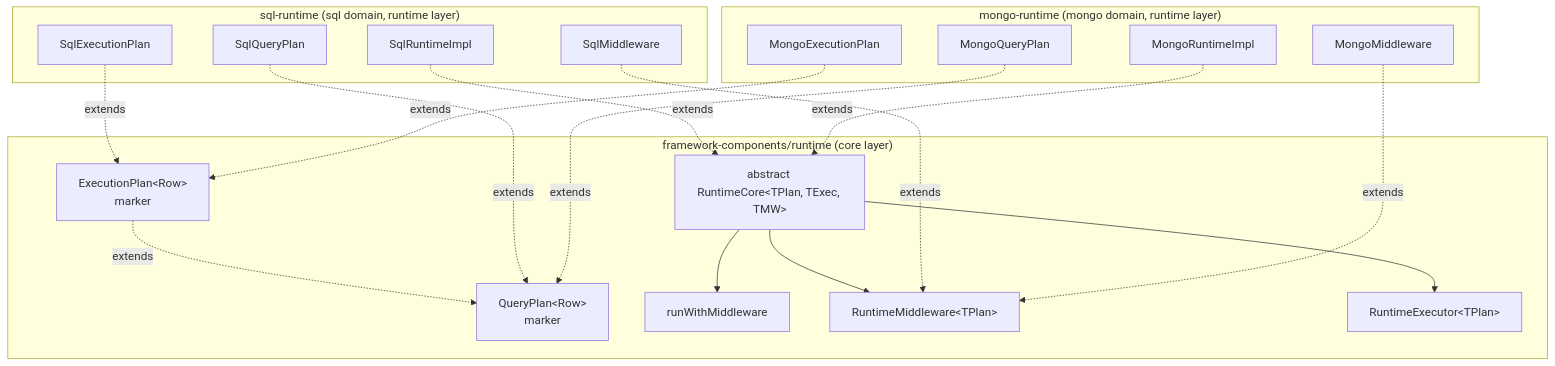
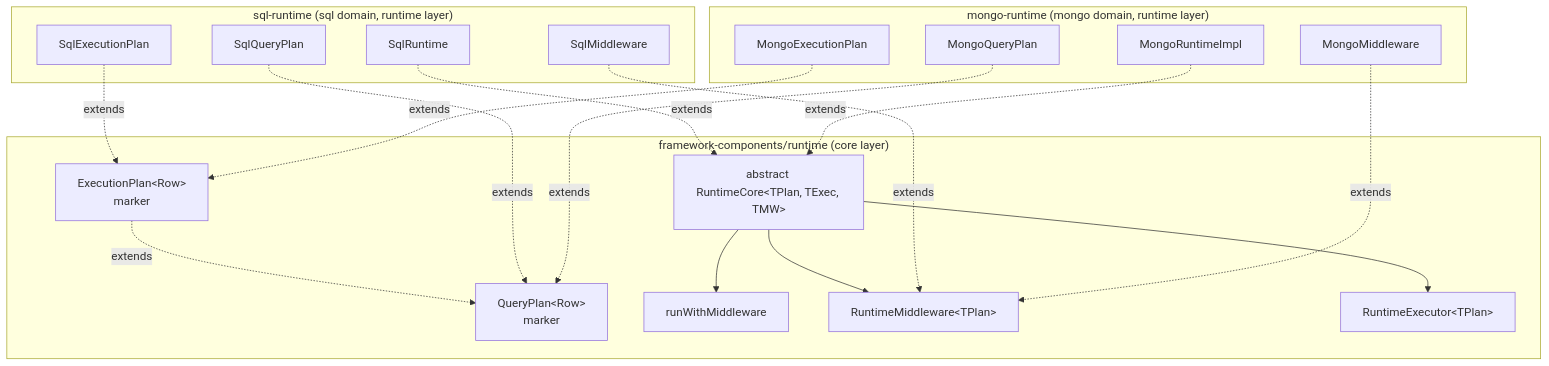
The first of 3 diagrams in docs/architecture docs/subsystems/4. Runtime & Middleware Framework.md (prisma/prisma-next), drawn with Mermaid before and after one commit. The commit also changed other lines of this file and 10 other files, not shown here.

First line of the commit message:
TML-2878: rename SqlRuntimeImpl to SqlRuntime and export it

````diff
--- a/docs/architecture docs/subsystems/4. Runtime & Middleware Framework.md
+++ b/docs/architecture docs/subsystems/4. Runtime & Middleware Framework.md
@@ -29,37 +29,37 @@
 ```mermaid
 flowchart TB
   subgraph framework["framework-components/runtime (core layer)"]
     QP[QueryPlan&lt;Row&gt;<br/>marker]
     EP[ExecutionPlan&lt;Row&gt;<br/>marker]
     EP -.extends.-> QP
     Core[abstract RuntimeCore&lt;TPlan, TExec, TMW&gt;]
     Helper[runWithMiddleware]
     MW[RuntimeMiddleware&lt;TPlan&gt;]
     Exec[RuntimeExecutor&lt;TPlan&gt;]
     Core --> Helper
     Core --> MW
     Core --> Exec
   end
 
   subgraph sql["sql-runtime (sql domain, runtime layer)"]
     SQP[SqlQueryPlan]
     SEP[SqlExecutionPlan]
-    SR[SqlRuntimeImpl]
+    SR[SqlRuntime]
     SMW[SqlMiddleware]
     SQP -.extends.-> QP
     SEP -.extends.-> EP
     SR -.extends.-> Core
     SMW -.extends.-> MW
   end
 
   subgraph mongo["mongo-runtime (mongo domain, runtime layer)"]
     MQP[MongoQueryPlan]
     MEP[MongoExecutionPlan]
     MR[MongoRuntimeImpl]
     MMW[MongoMiddleware]
     MQP -.extends.-> QP
     MEP -.extends.-> EP
     MR -.extends.-> Core
     MMW -.extends.-> MW
   end
 ```
````
